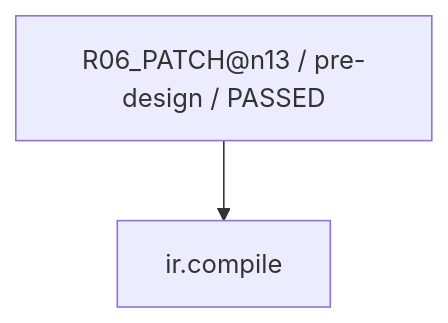
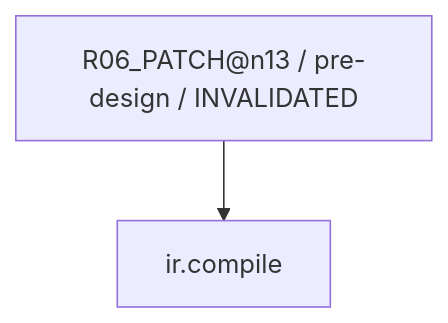
The seventh of 28 diagrams in work/items/W-MATH-048-n1314-source-audit/generated/CAPABILITY_FIRE_DIAGRAM.md (rrikunagasige-dot/kyotsu-step-web), drawn with Mermaid before and after one commit. The commit also changed other lines of this file and 357 other files, not shown here.

````diff
--- a/work/items/W-MATH-048-n1314-source-audit/generated/CAPABILITY_FIRE_DIAGRAM.md
+++ b/work/items/W-MATH-048-n1314-source-audit/generated/CAPABILITY_FIRE_DIAGRAM.md
@@ -107,6 +107,6 @@
 ```mermaid
 flowchart TD
-  N0["R06_PATCH@n13 / pre-design / PASSED"]
+  N0["R06_PATCH@n13 / pre-design / INVALIDATED"]
   N1["ir.compile"]
   N0 --> N1
 ```
````
